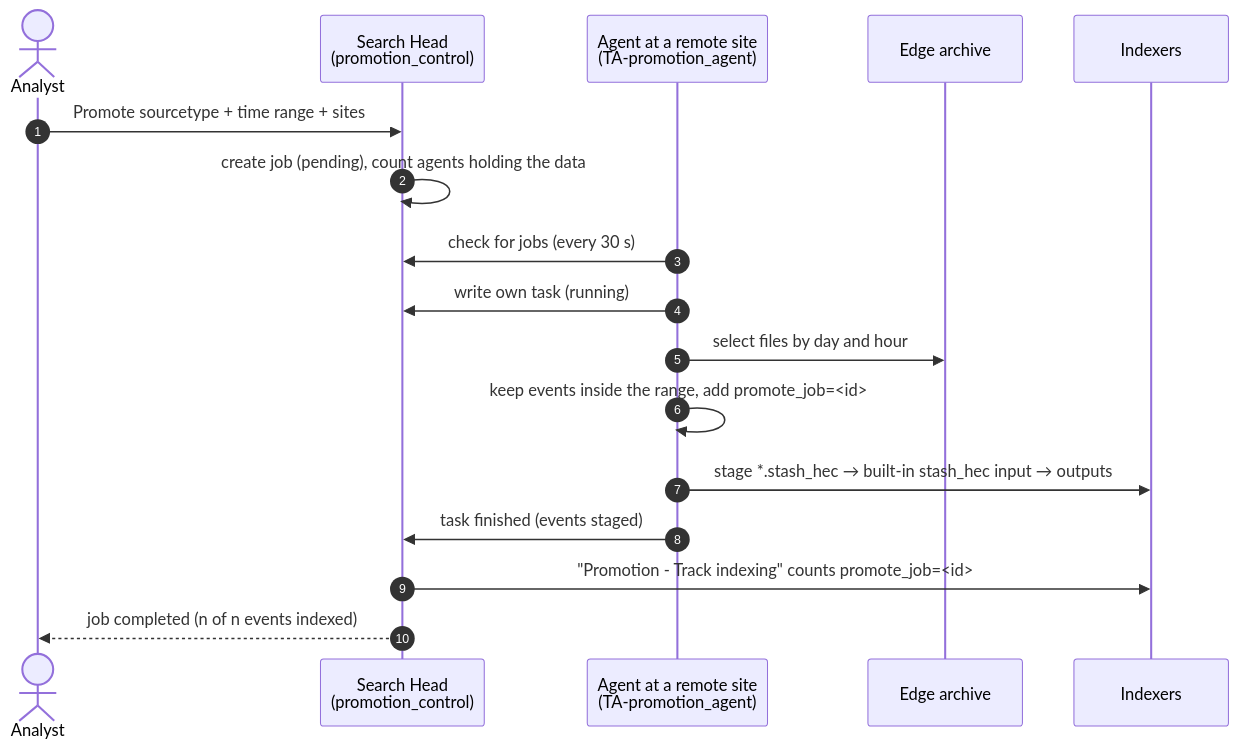
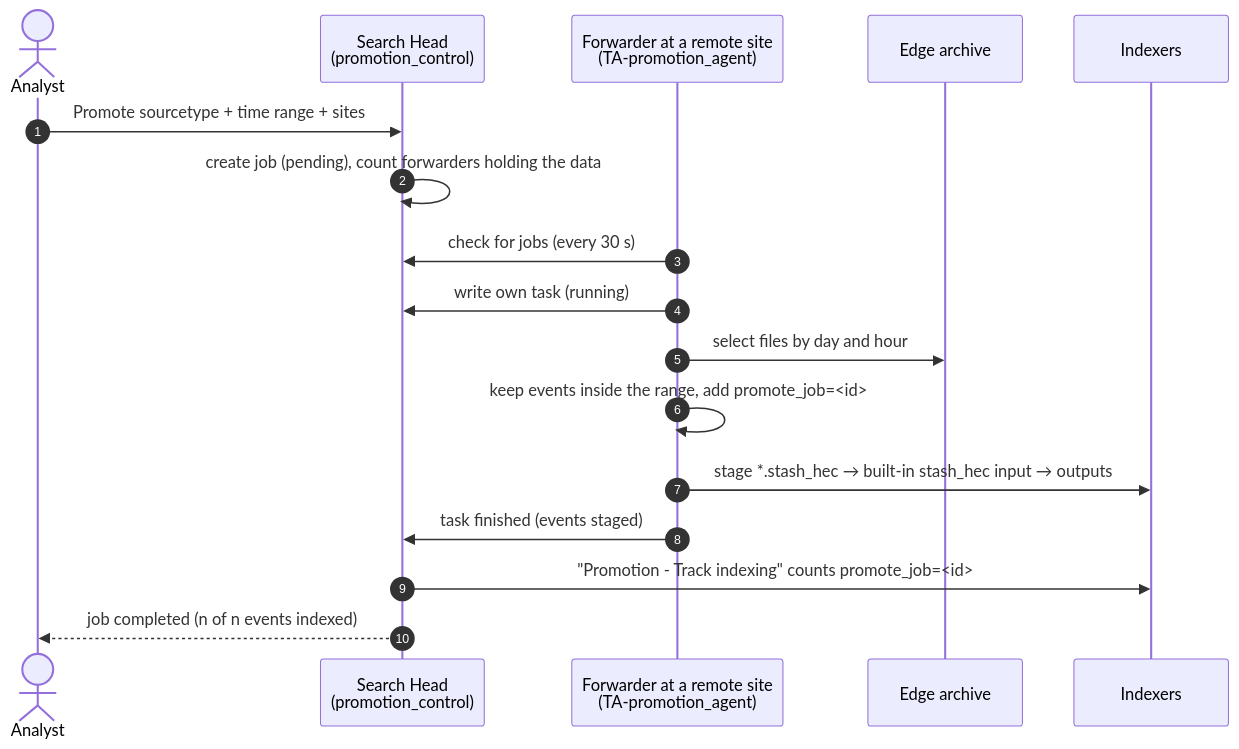
The diagram in docs/admin-guide.md (inspired/data_promotion), drawn with Mermaid before and after one commit. The commit also changed other lines of this file and 11 other files, not shown here.

First line of the commit message:
Forwarders instead of agents in job messages, the add-on's task messages and the docs

````diff
--- a/docs/admin-guide.md
+++ b/docs/admin-guide.md
@@ -43,20 +43,20 @@
 ```mermaid
 sequenceDiagram
     autonumber
     actor U as Analyst
     participant SH as Search Head<br/>(promotion_control)
-    participant A as Agent at a remote site<br/>(TA-promotion_agent)
+    participant A as Forwarder at a remote site<br/>(TA-promotion_agent)
     participant P as Edge archive
     participant IDX as Indexers
 
     U->>SH: Promote sourcetype + time range + sites
-    SH->>SH: create job (pending), count agents holding the data
+    SH->>SH: create job (pending), count forwarders holding the data
     A->>SH: check for jobs (every 30 s)
     A->>SH: write own task (running)
     A->>P: select files by day and hour
     A->>A: keep events inside the range, add promote_job=<id>
     A->>IDX: stage *.stash_hec → built-in stash_hec input → outputs
     A->>SH: task finished (events staged)
     SH->>IDX: "Promotion - Track indexing" counts promote_job=<id>
     SH-->>U: job completed (n of n events indexed)
 ```
````
